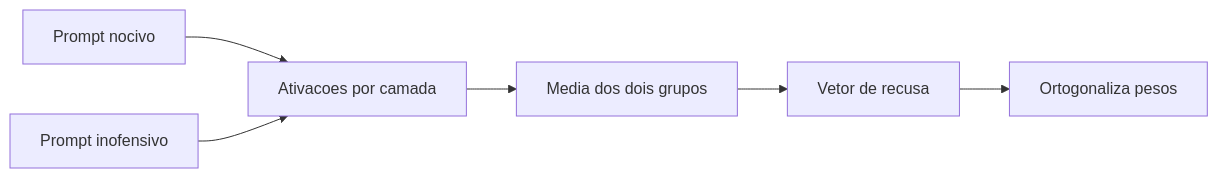
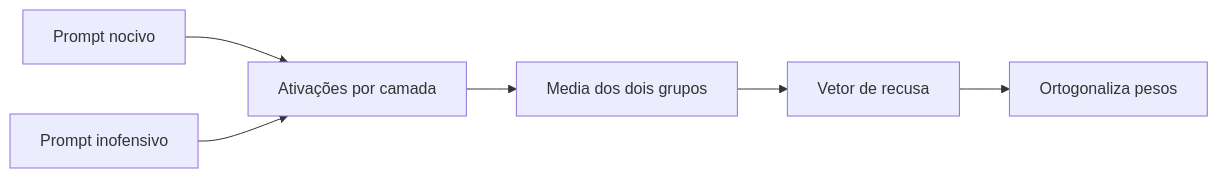
The first of 2 diagrams in src/content/articles/2026-09-28-abliteration-recusa-llm.md (alicino/kb-blog), drawn with Mermaid before and after one commit. The commit also changed other lines of this file and 7 other files, not shown here.

````diff
--- a/src/content/articles/2026-09-28-abliteration-recusa-llm.md
+++ b/src/content/articles/2026-09-28-abliteration-recusa-llm.md
@@ -115,8 +115,8 @@
 ```mermaid
 flowchart LR
-    A[Prompt nocivo] --> B[Ativacoes por camada]
+    A[Prompt nocivo] --> B[Ativações por camada]
     C[Prompt inofensivo] --> B
     B --> D[Media dos dois grupos]
     D --> E[Vetor de recusa]
     E --> F[Ortogonaliza pesos]
 ```
````
